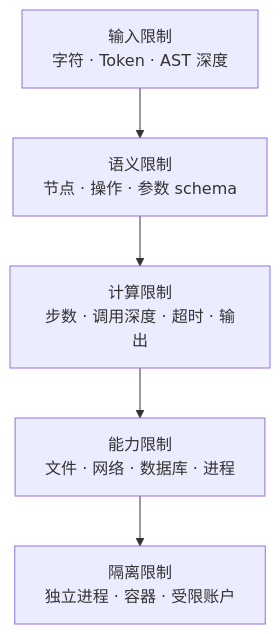
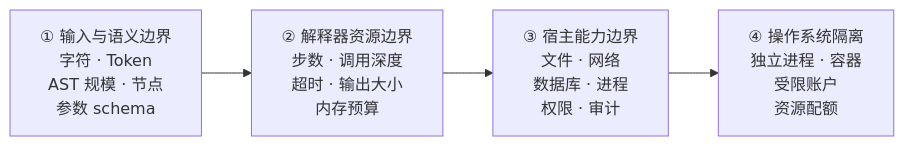
Before and after one commit to LittlePyx/LittlePyx.github.io: the seventh of 8 diagrams in source/_posts/composing-programs-runtime-abstraction.md, drawn with Mermaid. The commit also changed other lines of this file and 9 other files, not shown here.

```diff
--- a/source/_posts/composing-programs-runtime-abstraction.md
+++ b/source/_posts/composing-programs-runtime-abstraction.md
@@ -532,7 +538,7 @@
 {% mermaid %}
-flowchart TB
-    INPUT["输入限制<br/>字符 · Token · AST 深度"] --> SEMANTIC["语义限制<br/>节点 · 操作 · 参数 schema"]
-    SEMANTIC --> COMPUTE["计算限制<br/>步数 · 调用深度 · 超时 · 输出"]
-    COMPUTE --> CAPABILITY["能力限制<br/>文件 · 网络 · 数据库 · 进程"]
-    CAPABILITY --> ISOLATION["隔离限制<br/>独立进程 · 容器 · 受限账户"]
+flowchart LR
+    INPUT["① 输入与语义边界<br/>字符 · Token<br/>AST 规模 · 节点<br/>参数 schema"]
+    INPUT --> COMPUTE["② 解释器资源边界<br/>步数 · 调用深度<br/>超时 · 输出大小<br/>内存预算"]
+    COMPUTE --> CAPABILITY["③ 宿主能力边界<br/>文件 · 网络<br/>数据库 · 进程<br/>权限 · 审计"]
+    CAPABILITY --> ISOLATION["④ 操作系统隔离<br/>独立进程 · 容器<br/>受限账户<br/>资源配额"]
 {% endmermaid %}
```
